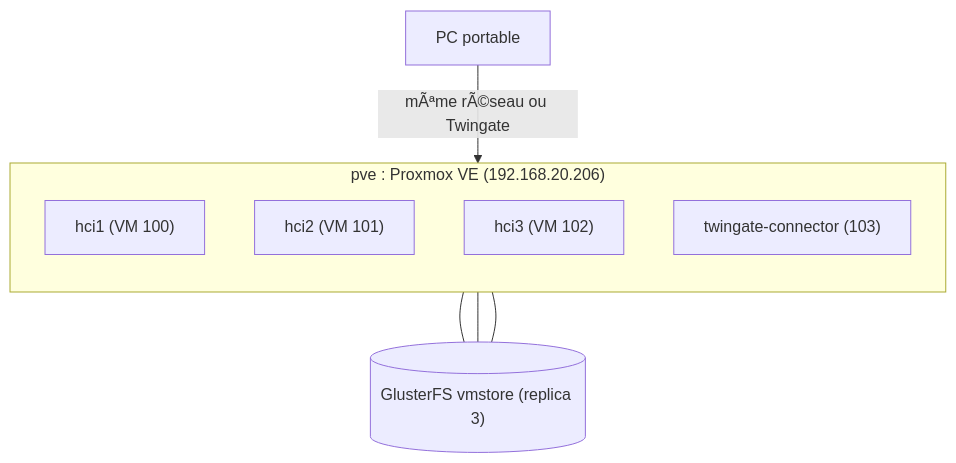
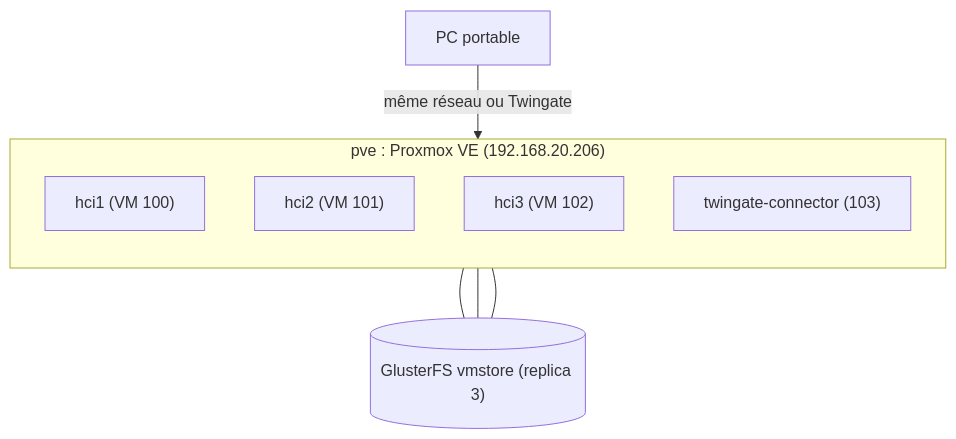
One commit to moralisateur380/hci-projet changed the diagram in docs/architecture.md. Above: the diagram before and after it, drawn with Mermaid. The commit also changed other lines of this file and 10 other files, not shown here.

````diff
--- a/docs/architecture.md
+++ b/docs/architecture.md
@@ -3,14 +3,14 @@
 ```mermaid
 flowchart TB
-  PC["PC portable"] -->|"mÃªme rÃ©seau ou Twingate"| PVE
+  PC["PC portable"] -->|"même réseau ou Twingate"| PVE
   subgraph PVE["pve : Proxmox VE (192.168.20.206)"]
     direction TB
     H1["hci1 (VM 100)"]
     H2["hci2 (VM 101)"]
     H3["hci3 (VM 102)"]
     TW["twingate-connector (103)"]
   end
   H1 --- G[("GlusterFS vmstore (replica 3)")]
   H2 --- G
   H3 --- G
 ```
````
